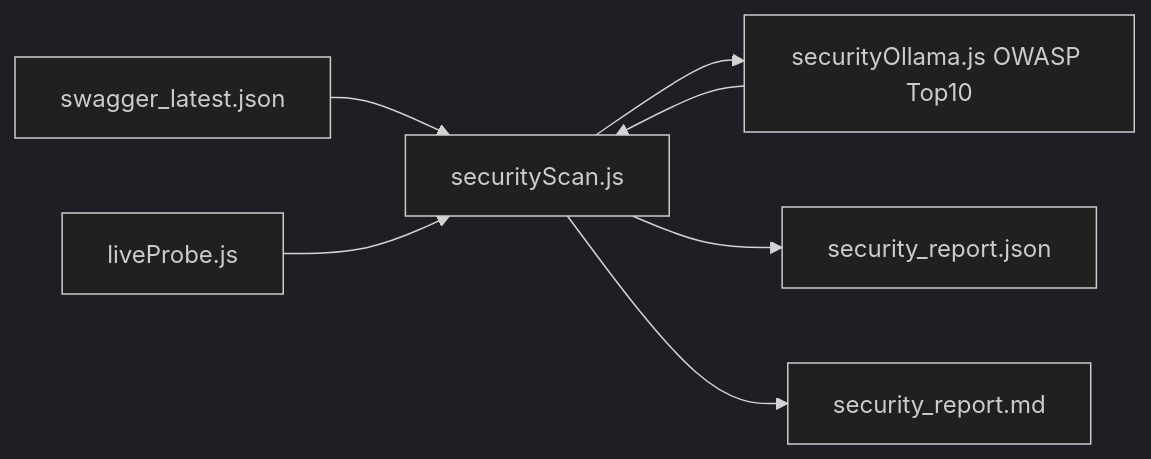
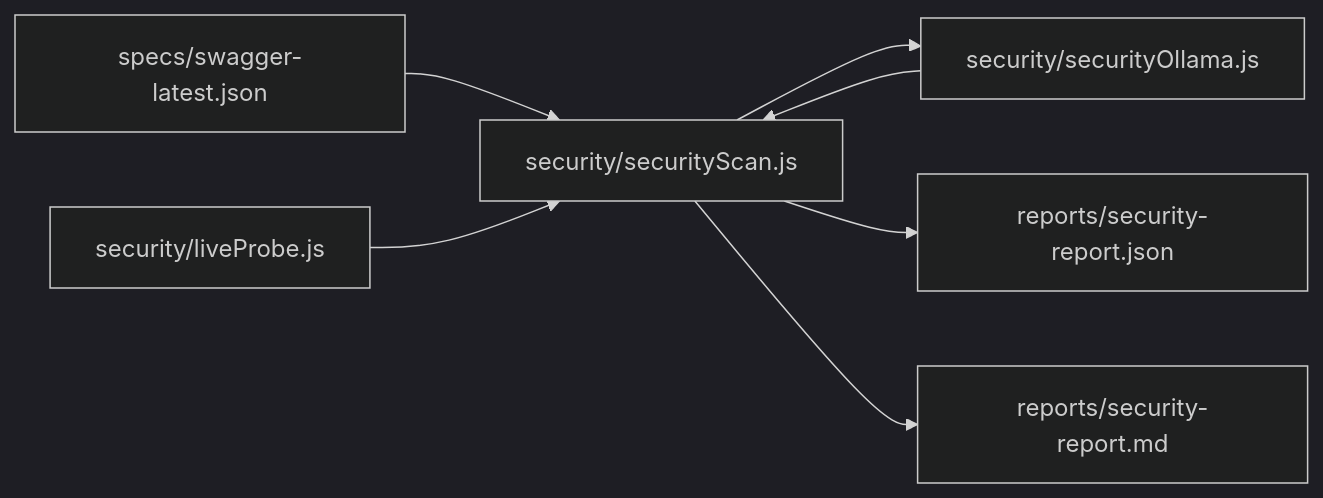
The third of 3 diagrams in README.md (brijeshbisht91/swagger-ai-test-generator), drawn with Mermaid (dark theme) before and after one commit. The commit also changed other lines of this file and 20 other files, not shown here.

````diff
--- a/README.md
+++ b/README.md
@@ -136,14 +148,14 @@
 ```mermaid
 flowchart LR
-  Spec[swagger_latest.json]
-  Probe[liveProbe.js]
-  Ollama[securityOllama.js OWASP Top10]
-  Json[security_report.json]
-  Md[security_report.md]
-  Spec --> Scan[securityScan.js]
+  Spec[specs/swagger-latest.json]
+  Probe[security/liveProbe.js]
+  Ollama[security/securityOllama.js]
+  Json[reports/security-report.json]
+  Md[reports/security-report.md]
+  Spec --> Scan[security/securityScan.js]
   Probe --> Scan
   Scan --> Ollama
   Ollama --> Scan
   Scan --> Json
   Scan --> Md
 ```
````
